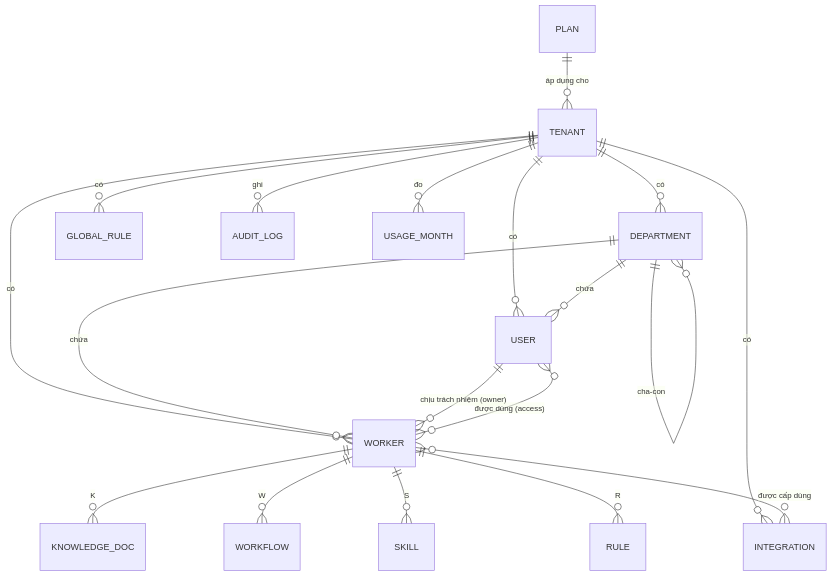
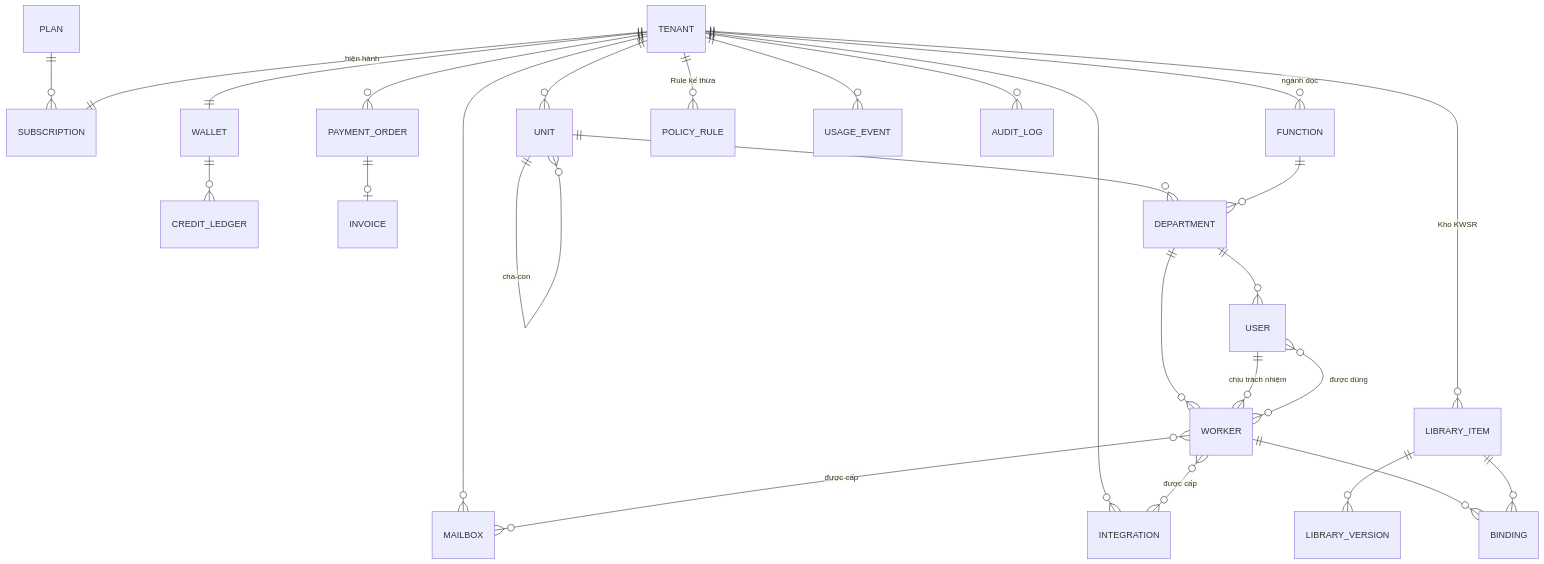
One commit to lehuutanphu/aiosv3 changed the second of 2 diagrams in docs/ADMIN_PORTAL_DESIGN.md. Above: the diagram before and after it, drawn with Mermaid. The commit also changed other lines of this file, not shown here.

First line of the commit message:
Tài liệu Admin Portal v1.0: chốt quyết định, bỏ Hermes, thêm subdomain, ngành dọc, Kho KWSR, thanh toán

````diff
--- a/docs/ADMIN_PORTAL_DESIGN.md
+++ b/docs/ADMIN_PORTAL_DESIGN.md
@@ -163,21 +322,29 @@
 ```mermaid
 erDiagram
-    PLAN ||--o{ TENANT : "áp dụng cho"
-    TENANT ||--o{ USER : "có"
-    TENANT ||--o{ DEPARTMENT : "có"
-    TENANT ||--o{ WORKER : "có"
-    TENANT ||--o{ INTEGRATION : "có"
-    TENANT ||--o{ GLOBAL_RULE : "có"
-    DEPARTMENT ||--o{ DEPARTMENT : "cha-con"
-    DEPARTMENT ||--o{ WORKER : "chứa"
-    DEPARTMENT ||--o{ USER : "chứa"
-    USER ||--o{ WORKER : "chịu trách nhiệm (owner)"
-    USER }o--o{ WORKER : "được dùng (access)"
-    WORKER ||--o{ KNOWLEDGE_DOC : "K"
-    WORKER ||--o{ WORKFLOW : "W"
-    WORKER ||--o{ SKILL : "S"
-    WORKER ||--o{ RULE : "R"
-    WORKER }o--o{ INTEGRATION : "được cấp dùng"
-    TENANT ||--o{ AUDIT_LOG : "ghi"
-    TENANT ||--o{ USAGE_MONTH : "đo"
+    PLAN ||--o{ SUBSCRIPTION : ""
+    TENANT ||--|| SUBSCRIPTION : "hiện hành"
+    TENANT ||--|| WALLET : ""
+    WALLET ||--o{ CREDIT_LEDGER : ""
+    TENANT ||--o{ PAYMENT_ORDER : ""
+    PAYMENT_ORDER ||--o| INVOICE : ""
+    TENANT ||--o{ UNIT : ""
+    UNIT ||--o{ UNIT : "cha-con"
+    TENANT ||--o{ FUNCTION : "ngành dọc"
+    UNIT ||--o{ DEPARTMENT : ""
+    FUNCTION ||--o{ DEPARTMENT : ""
+    DEPARTMENT ||--o{ WORKER : ""
+    DEPARTMENT ||--o{ USER : ""
+    USER ||--o{ WORKER : "chịu trách nhiệm"
+    USER }o--o{ WORKER : "được dùng"
+    TENANT ||--o{ LIBRARY_ITEM : "Kho KWSR"
+    LIBRARY_ITEM ||--o{ LIBRARY_VERSION : ""
+    WORKER ||--o{ BINDING : ""
+    LIBRARY_ITEM ||--o{ BINDING : ""
+    TENANT ||--o{ POLICY_RULE : "Rule kế thừa"
+    TENANT ||--o{ INTEGRATION : ""
+    WORKER }o--o{ INTEGRATION : "được cấp"
+    TENANT ||--o{ MAILBOX : ""
+    WORKER }o--o{ MAILBOX : "được cấp"
+    TENANT ||--o{ USAGE_EVENT : ""
+    TENANT ||--o{ AUDIT_LOG : ""
 ```
````
